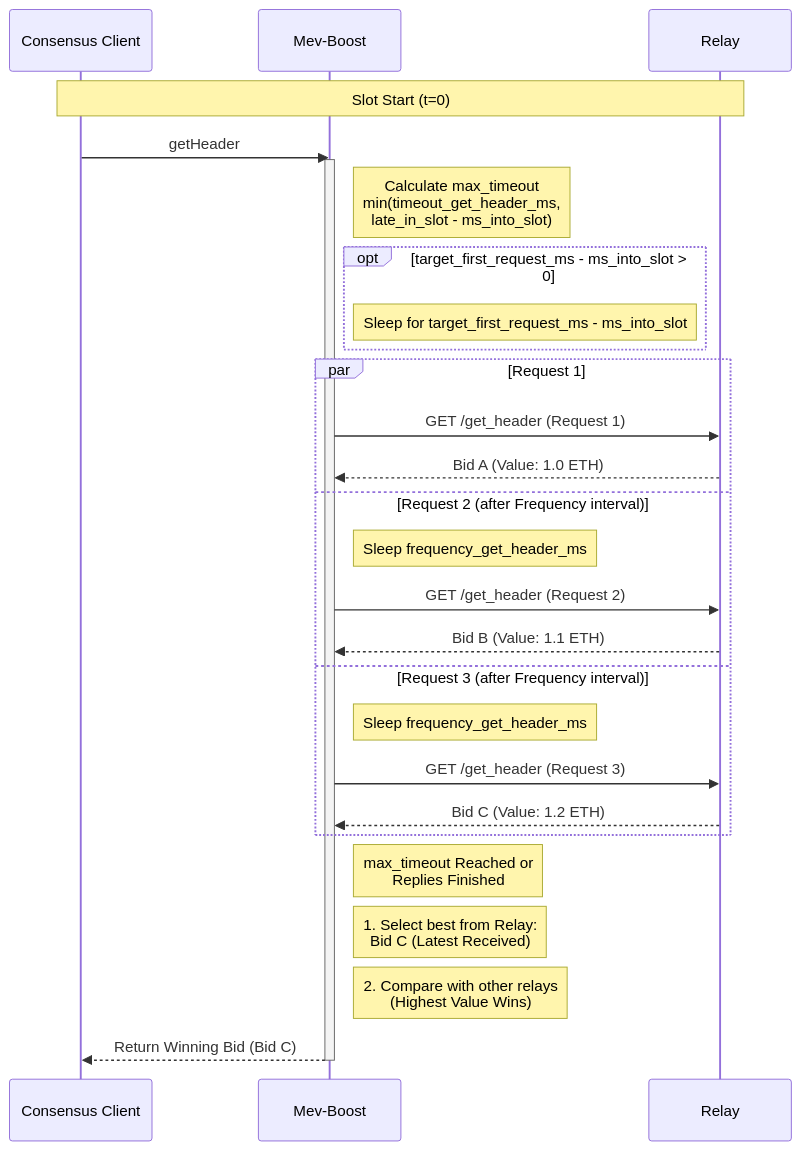
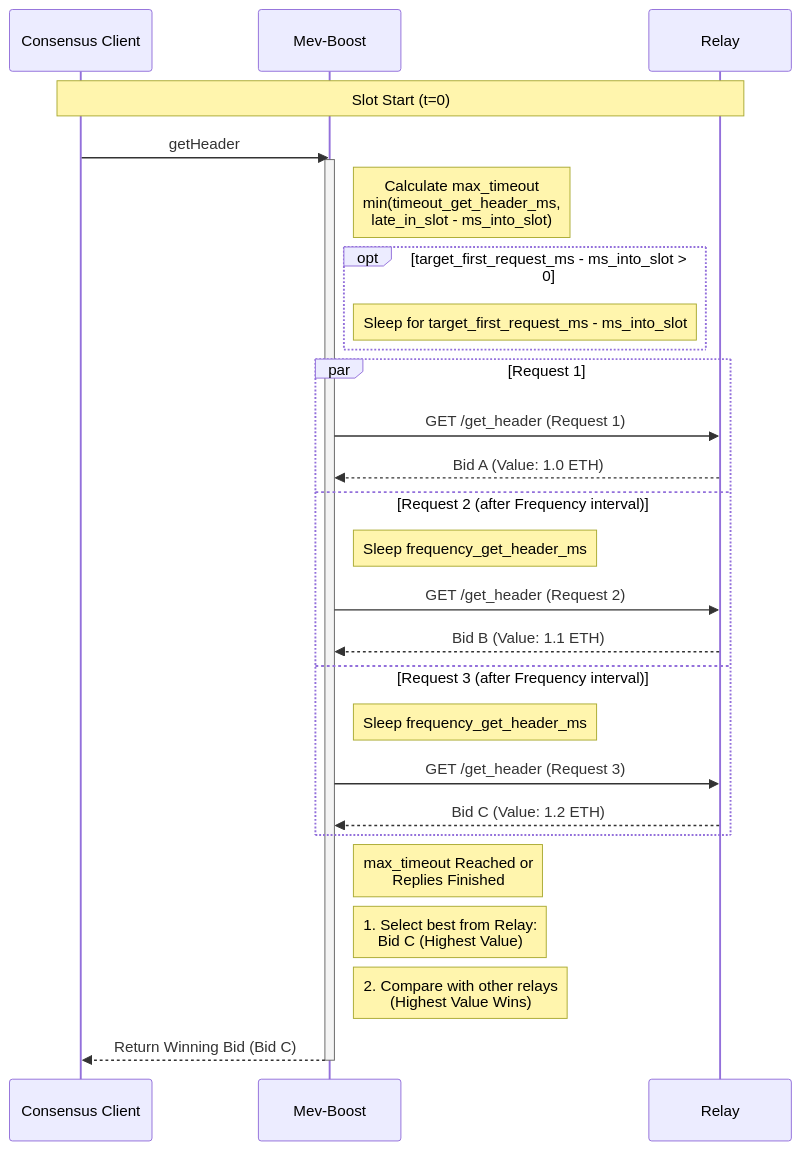
Before and after one commit to flashbots/mev-boost: the diagram in docs/timing-games.md, drawn with Mermaid. The commit also changed other lines of this file and 2 other files, not shown here.

Commit message:
Select highest-value bid in timing games, not most recent
handleTimingGamesGetHeader picked the most recently received bid from
a relay's multiple polls. A relay's best bid is not guaranteed to be
monotonically increasing within a slot (e.g. bid cancellation, a
different builder briefly leading), so a later lower-value poll could
displace an earlier higher one. Pick by value instead, with recency
only as a tiebreaker.

````diff
--- a/docs/timing-games.md
+++ b/docs/timing-games.md
@@ -48,39 +48,39 @@
 ```mermaid
 sequenceDiagram
     participant CL as Consensus Client
     participant MB as Mev-Boost
     participant R as Relay
 
     Note over CL, R: Slot Start (t=0)
 
     CL->>MB: getHeader
     activate MB
 
     Note right of MB: Calculate max_timeout<br/>min(timeout_get_header_ms,<br/>late_in_slot - ms_into_slot)
 
     opt target_first_request_ms - ms_into_slot > 0
         Note right of MB: Sleep for target_first_request_ms - ms_into_slot
     end
 
     par Request 1
         MB->>R: GET /get_header (Request 1)
         R-->>MB: Bid A (Value: 1.0 ETH)
     and Request 2 (after Frequency interval)
         Note right of MB: Sleep frequency_get_header_ms
         MB->>R: GET /get_header (Request 2)
         R-->>MB: Bid B (Value: 1.1 ETH)
     and Request 3 (after Frequency interval)
         Note right of MB: Sleep frequency_get_header_ms
         MB->>R: GET /get_header (Request 3)
         R-->>MB: Bid C (Value: 1.2 ETH)
     end
 
     Note right of MB: max_timeout Reached or<br/>Replies Finished
 
-    Note right of MB: 1. Select best from Relay:<br/>Bid C (Latest Received)
+    Note right of MB: 1. Select best from Relay:<br/>Bid C (Highest Value)
 
     Note right of MB: 2. Compare with other relays<br/>(Highest Value Wins)
 
     MB-->>CL: Return Winning Bid (Bid C)
     deactivate MB
 ```
````
